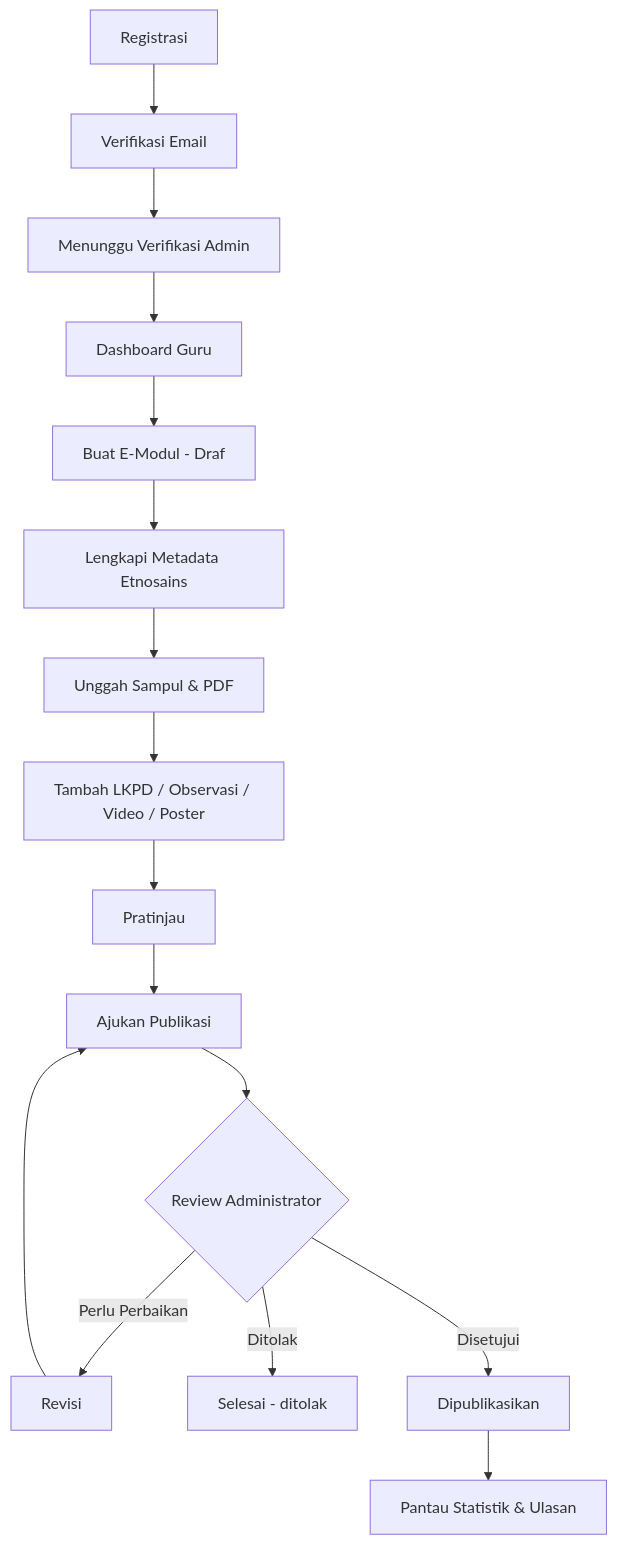
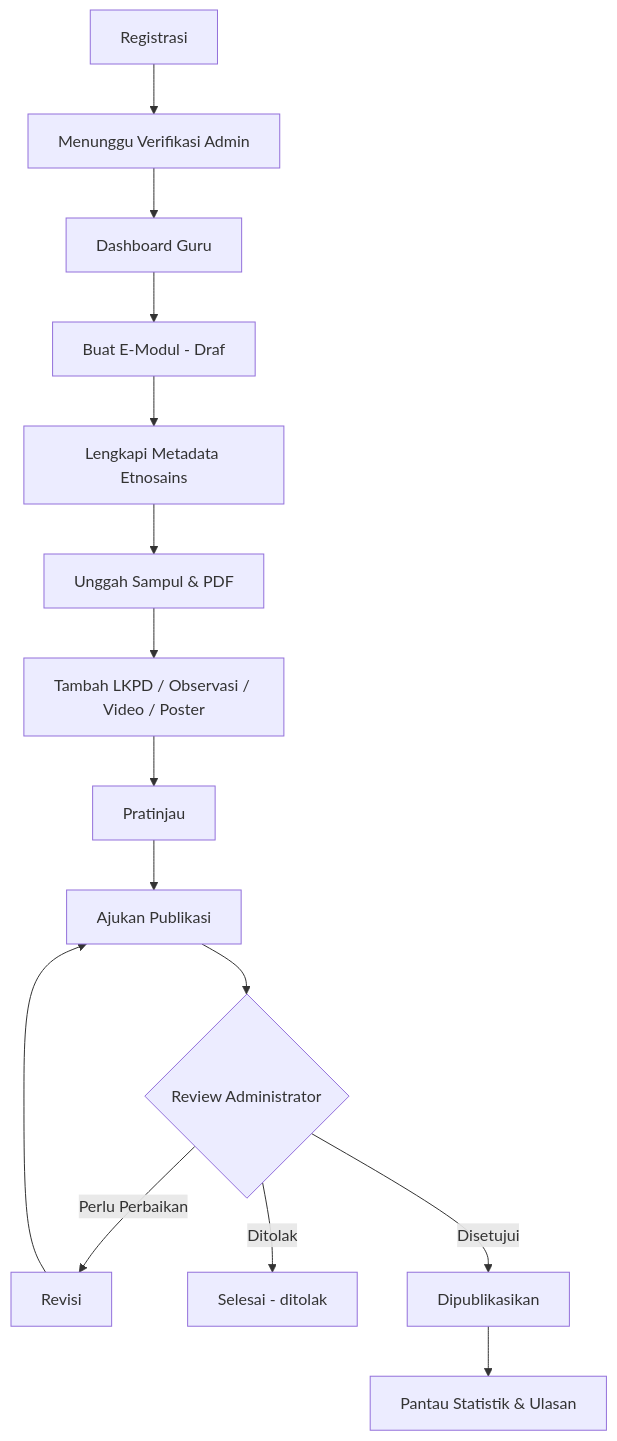
Before and after one commit to yaridwan/e-etnosains: the third of 7 diagrams in README.md, drawn with Mermaid. The commit also changed other lines of this file and 25 other files, not shown here.

First line of the commit message:
Ganti verifikasi email dengan persetujuan Administrator untuk guru & siswa

````diff
--- a/README.md
+++ b/README.md
@@ -377,18 +389,17 @@
 ```mermaid
 flowchart TD
-    A[Registrasi] --> B[Verifikasi Email]
-    B --> C[Menunggu Verifikasi Admin]
+    A[Registrasi] --> C[Menunggu Verifikasi Admin]
     C --> D[Dashboard Guru]
     D --> E[Buat E-Modul - Draf]
     E --> F[Lengkapi Metadata Etnosains]
     F --> G[Unggah Sampul & PDF]
     G --> H[Tambah LKPD / Observasi / Video / Poster]
     H --> I[Pratinjau]
     I --> J[Ajukan Publikasi]
     J --> K{Review Administrator}
     K -->|Perlu Perbaikan| L[Revisi]
     L --> J
     K -->|Ditolak| M[Selesai - ditolak]
     K -->|Disetujui| N[Dipublikasikan]
     N --> O[Pantau Statistik & Ulasan]
 ```
````
